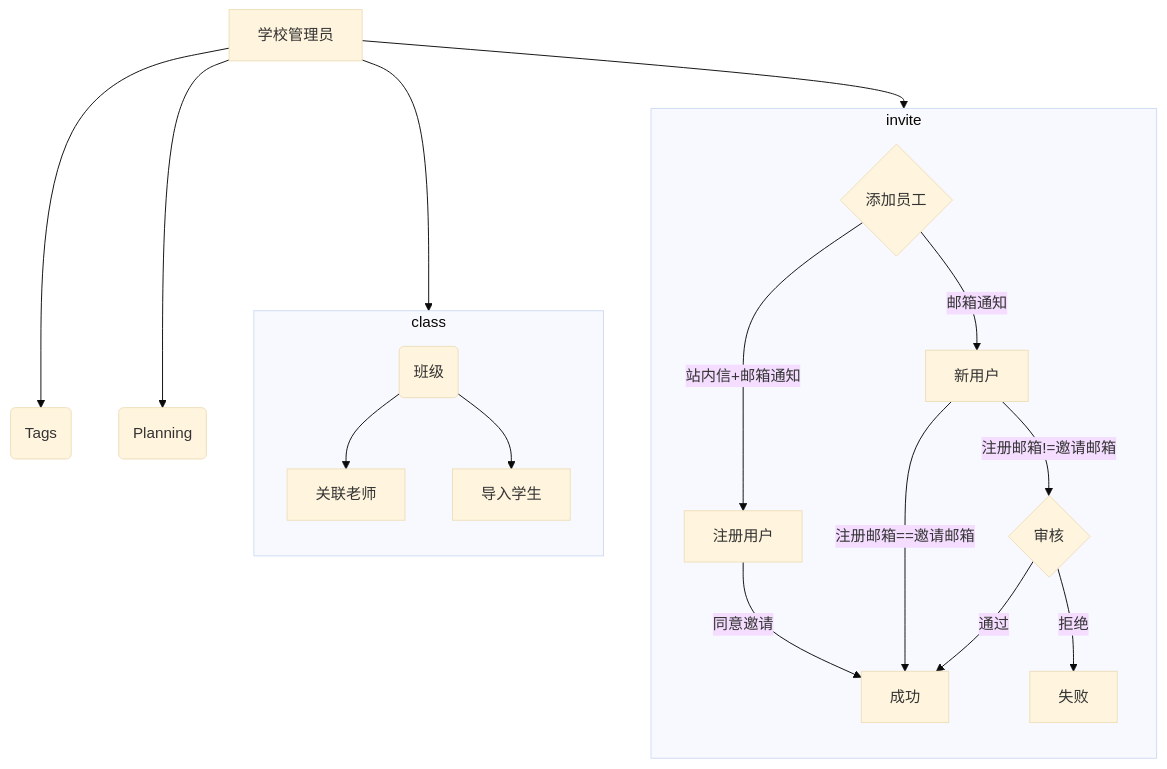
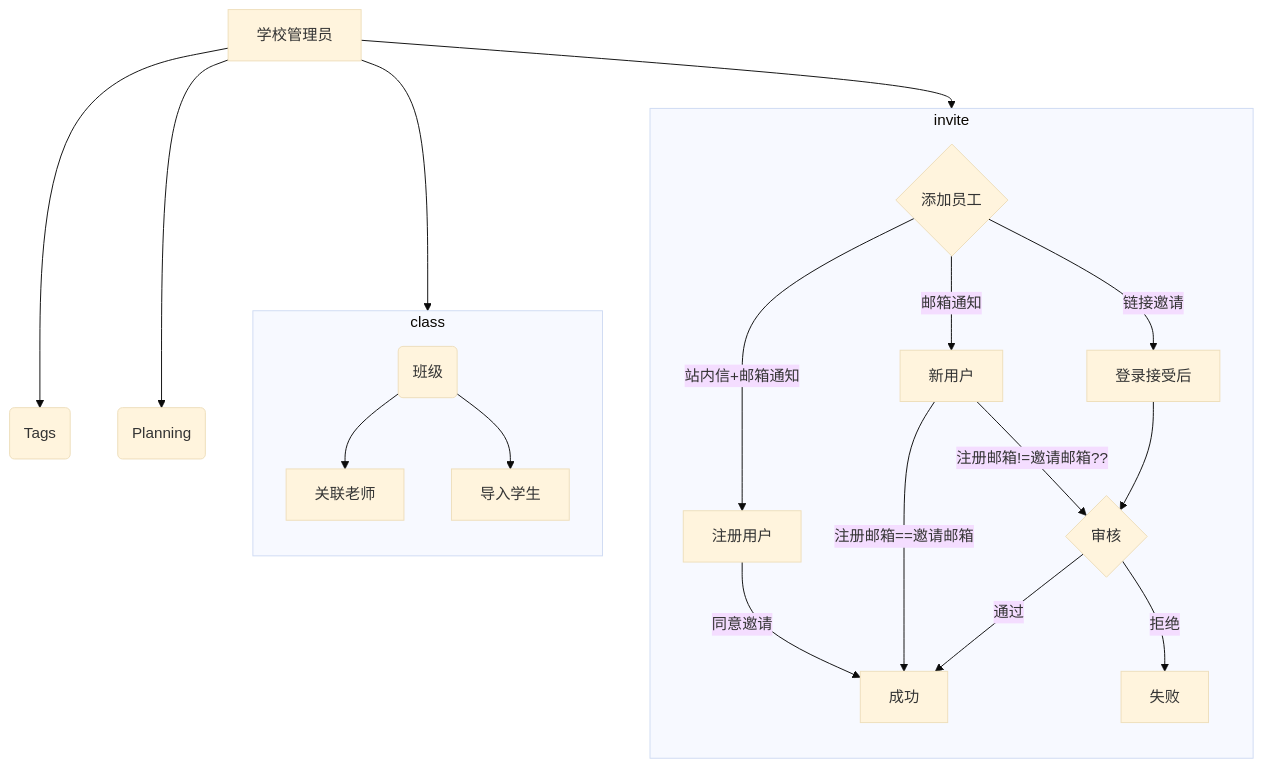
One commit to zran-nz/doc changed the first of 2 diagrams in main/school.md. Above: the diagram before and after it, drawn with Mermaid (base theme). The commit also changed other lines of this file, not shown here.

Commit message:
up school

````diff
--- a/main/school.md
+++ b/main/school.md
@@ -3,22 +3,24 @@
 ```mermaid
 graph TD
 A[学校管理员] --> C{添加员工}
 A --> Ac(班级)
 A --> Tg(Tags)
 A --> P(Planning)
   subgraph invite
     direction TB
     C -->|站内信+邮箱通知| D[注册用户]
     C -->|邮箱通知| E[新用户]
+    C -->|链接邀请| E2[登录接受后]
     D -->|同意邀请| Z[成功]
     E -->|注册邮箱==邀请邮箱| Z
-    E -->|注册邮箱!=邀请邮箱| A2{审核}
+    E -->|注册邮箱!=邀请邮箱??| A2{审核}
+    E2 --> A2
     A2 -->|通过| Z
     A2 -->|拒绝| Z2[失败]
   end
   subgraph class
     direction TB
     Ac --> Tc[关联老师]
     Ac --> St[导入学生]
   end
 ```
````
